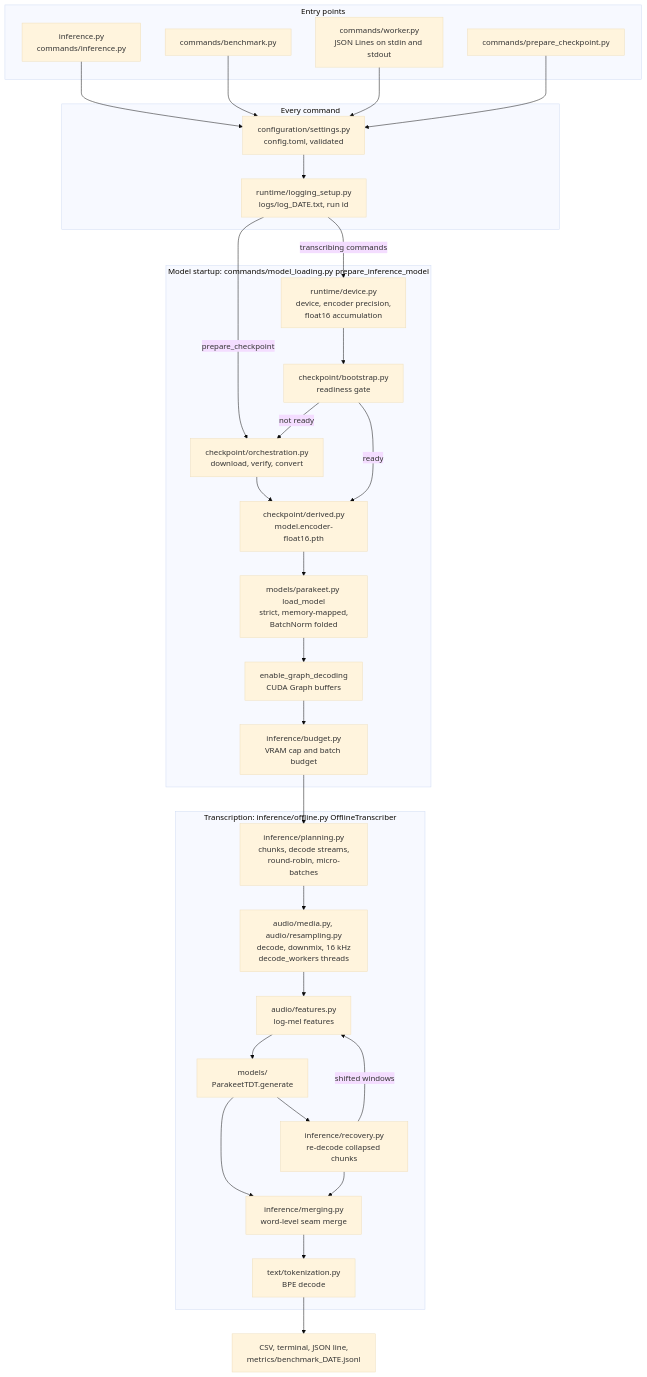
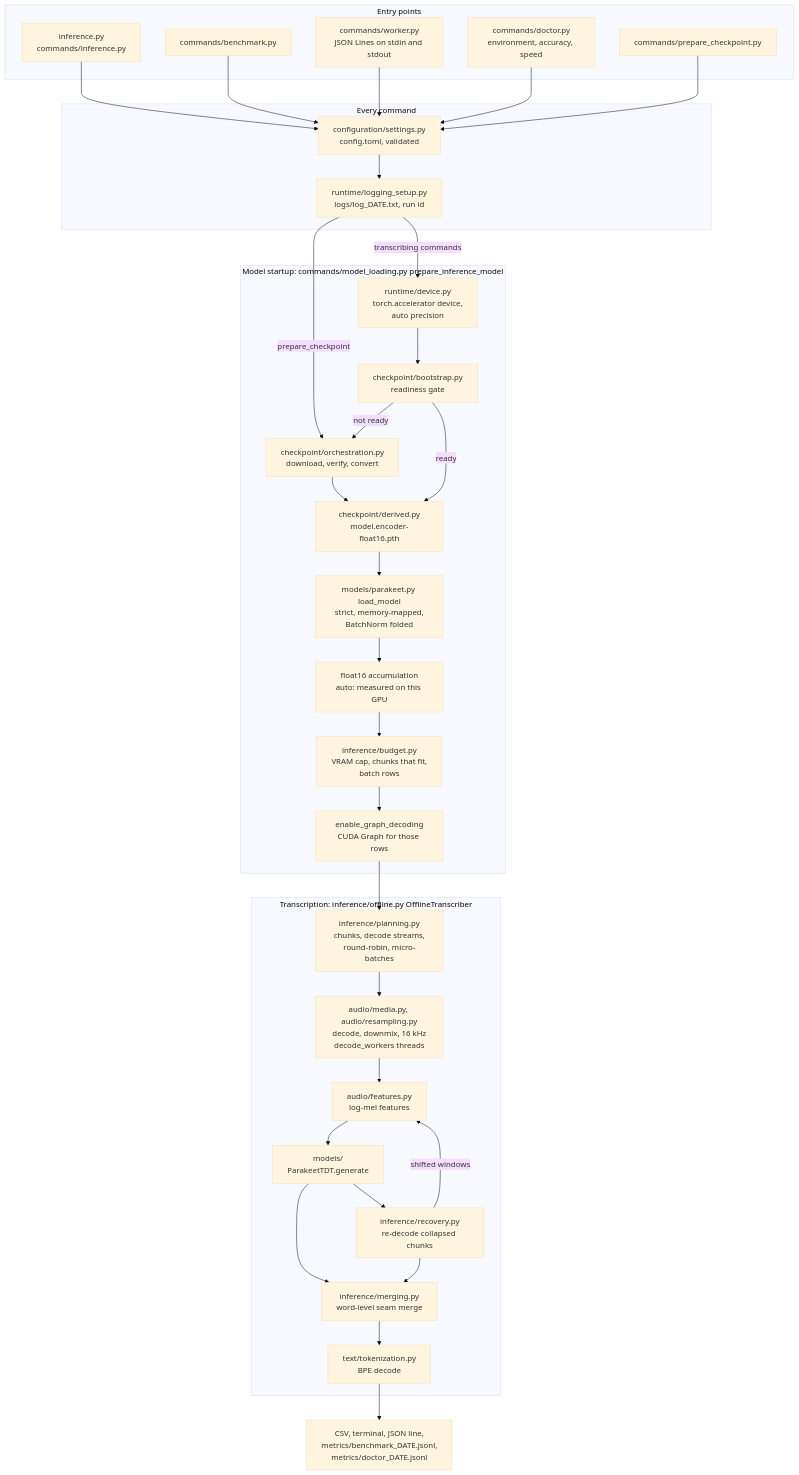
Before and after one commit to JohanesSetiawan/ParakeetSTT: the first of 9 diagrams in README.md, drawn with Mermaid (base theme). The commit also changed other lines of this file and 19 other files, not shown here.

````diff
--- a/README.md
+++ b/README.md
@@ -54,53 +55,56 @@
 ```mermaid
 flowchart TB
     subgraph entry["Entry points"]
         cli["inference.py<br/>commands/inference.py"]
         bench["commands/benchmark.py"]
         worker["commands/worker.py<br/>JSON Lines on stdin and stdout"]
+        doctor["commands/doctor.py<br/>environment, accuracy, speed"]
         prepare["commands/prepare_checkpoint.py"]
     end
 
     subgraph setup["Every command"]
         settings["configuration/settings.py<br/>config.toml, validated"]
         logs["runtime/logging_setup.py<br/>logs/log_DATE.txt, run id"]
     end
 
     subgraph startup["Model startup: commands/model_loading.py prepare_inference_model"]
-        device["runtime/device.py<br/>device, encoder precision,<br/>float16 accumulation"]
+        device["runtime/device.py<br/>torch.accelerator device,<br/>auto precision"]
         bootstrap["checkpoint/bootstrap.py<br/>readiness gate"]
         orchestration["checkpoint/orchestration.py<br/>download, verify, convert"]
         derived["checkpoint/derived.py<br/>model.encoder-float16.pth"]
         loader["models/parakeet.py load_model<br/>strict, memory-mapped,<br/>BatchNorm folded"]
-        graphs["enable_graph_decoding<br/>CUDA Graph buffers"]
-        budget["inference/budget.py<br/>VRAM cap and batch budget"]
+        accumulation["float16 accumulation<br/>auto: measured on this GPU"]
+        budget["inference/budget.py<br/>VRAM cap, chunks that fit,<br/>batch rows"]
+        graphs["enable_graph_decoding<br/>CUDA Graph for those rows"]
     end
 
     subgraph run["Transcription: inference/offline.py OfflineTranscriber"]
         planner["inference/planning.py<br/>chunks, decode streams,<br/>round-robin, micro-batches"]
         media["audio/media.py, audio/resampling.py<br/>decode, downmix, 16 kHz<br/>decode_workers threads"]
         features["audio/features.py<br/>log-mel features"]
         model["models/<br/>ParakeetTDT.generate"]
         recovery["inference/recovery.py<br/>re-decode collapsed chunks"]
         merging["inference/merging.py<br/>word-level seam merge"]
         tokenizer["text/tokenization.py<br/>BPE decode"]
     end
 
-    output["CSV, terminal, JSON line,<br/>metrics/benchmark_DATE.jsonl"]
+    output["CSV, terminal, JSON line,<br/>metrics/benchmark_DATE.jsonl,<br/>metrics/doctor_DATE.jsonl"]
 
     cli --> settings
     bench --> settings
     worker --> settings
+    doctor --> settings
     prepare --> settings
     settings --> logs
     logs -- "prepare_checkpoint" --> orchestration
     logs -- "transcribing commands" --> device --> bootstrap
     bootstrap -- "not ready" --> orchestration
     orchestration --> derived
-    bootstrap -- "ready" --> derived --> loader --> graphs --> budget
-    budget --> planner --> media --> features --> model
+    bootstrap -- "ready" --> derived --> loader --> accumulation --> budget --> graphs
+    graphs --> planner --> media --> features --> model
     model --> recovery
     recovery -- "shifted windows" --> features
     model --> merging
     recovery --> merging
     merging --> tokenizer --> output
 ```
````
